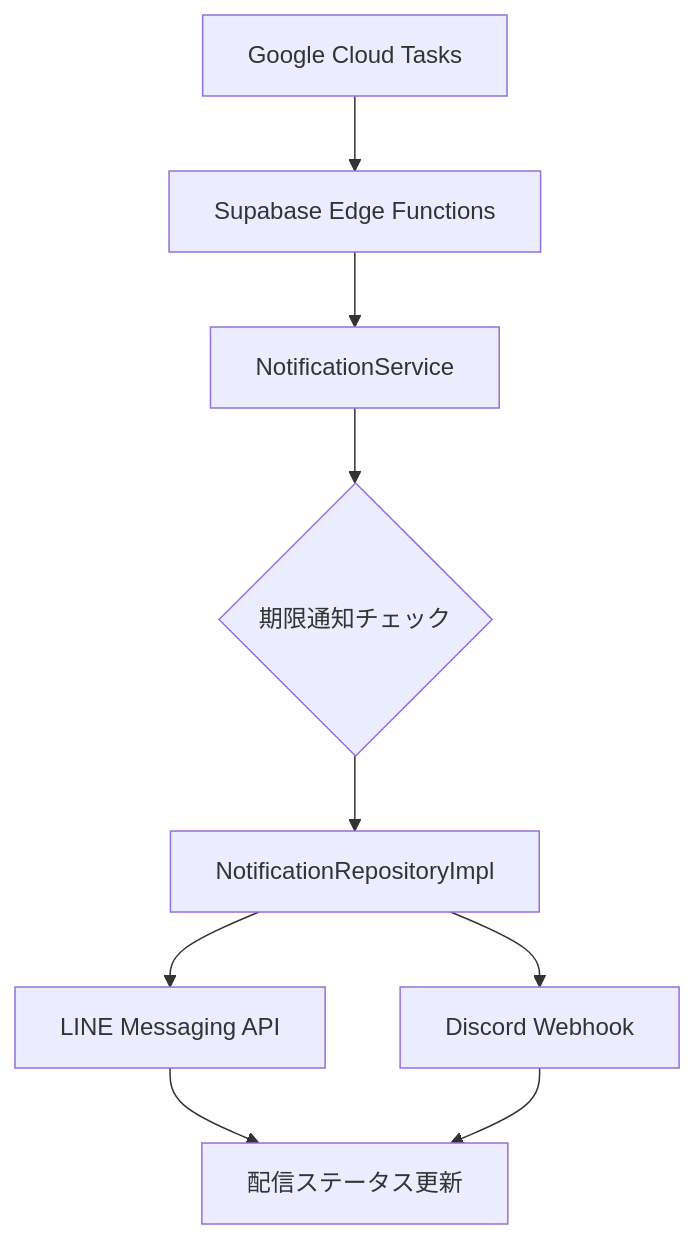
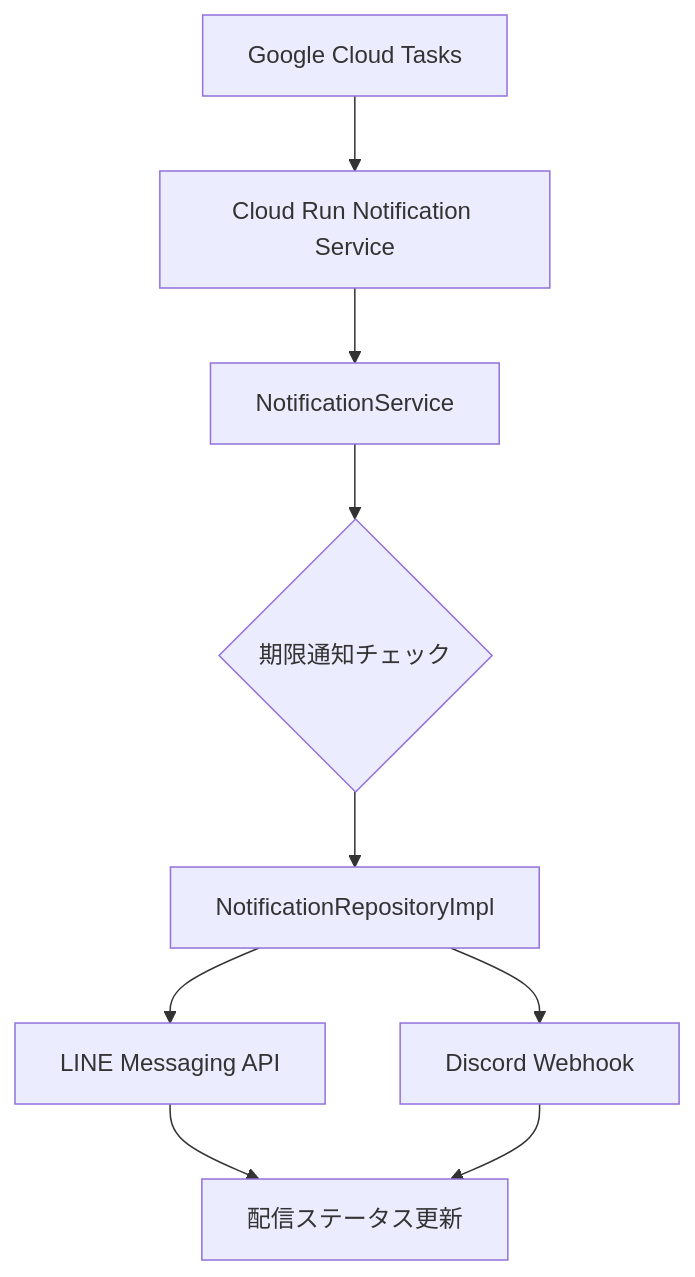
One commit to kazuya-m/urawa-support-hub changed the second of 2 diagrams in docs/ja/system-architecture.md. Above: the diagram before and after it, drawn with Mermaid. The commit also changed other lines of this file and 4 other files, not shown here.

````diff
--- a/docs/ja/system-architecture.md
+++ b/docs/ja/system-architecture.md
@@ -269,11 +268,11 @@
 ```mermaid
 graph TD
-    A[Google Cloud Tasks] --> B[Supabase Edge Functions]
+    A[Google Cloud Tasks] --> B[Cloud Run Notification Service]
     B --> C[NotificationService]
     C --> D{期限通知チェック}
     D --> E[NotificationRepositoryImpl]
     E --> F[LINE Messaging API]
     E --> G[Discord Webhook]
     F --> H[配信ステータス更新]
     G --> H
 ```
````
